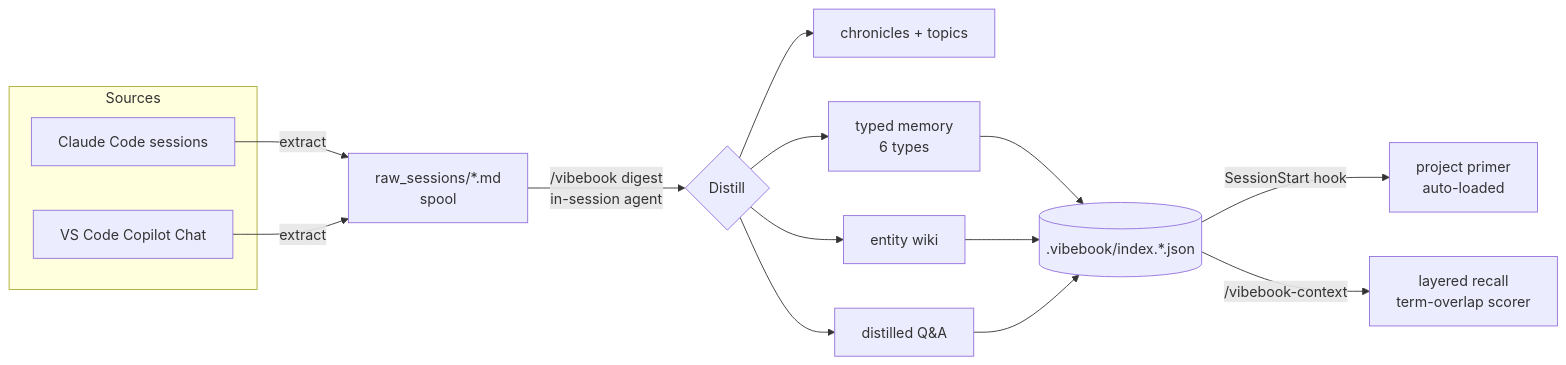
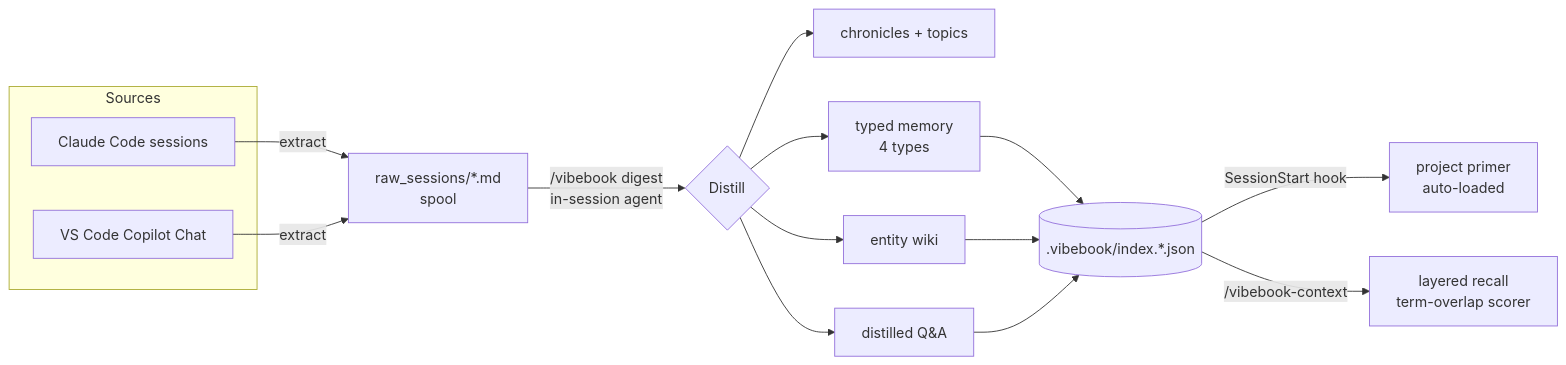
The first of 2 diagrams in README.md (june9593/memarium-plugin), drawn with Mermaid before and after one commit. The commit also changed other lines of this file and 12 other files, not shown here.

First line of the commit message:
refactor(#20): drop unused memory types working/artifact (v0.9.7)

````diff
--- a/README.md
+++ b/README.md
@@ -17,16 +17,16 @@
 ```mermaid
 flowchart LR
   subgraph Sources
     A[Claude Code sessions]
     B[VS Code Copilot Chat]
   end
   A & B -->|extract| SP[raw_sessions/*.md<br/>spool]
   SP -->|/vibebook digest<br/>in-session agent| D{Distill}
   D --> CH[chronicles + topics]
-  D --> M[typed memory<br/>6 types]
+  D --> M[typed memory<br/>4 types]
   D --> E[entity wiki]
   D --> Q[distilled Q&A]
   M & E & Q --> IDX[(.vibebook/index.*.json)]
   IDX -->|SessionStart hook| P[project primer<br/>auto-loaded]
   IDX -->|/vibebook-context| R[layered recall<br/>term-overlap scorer]
 ```
````
